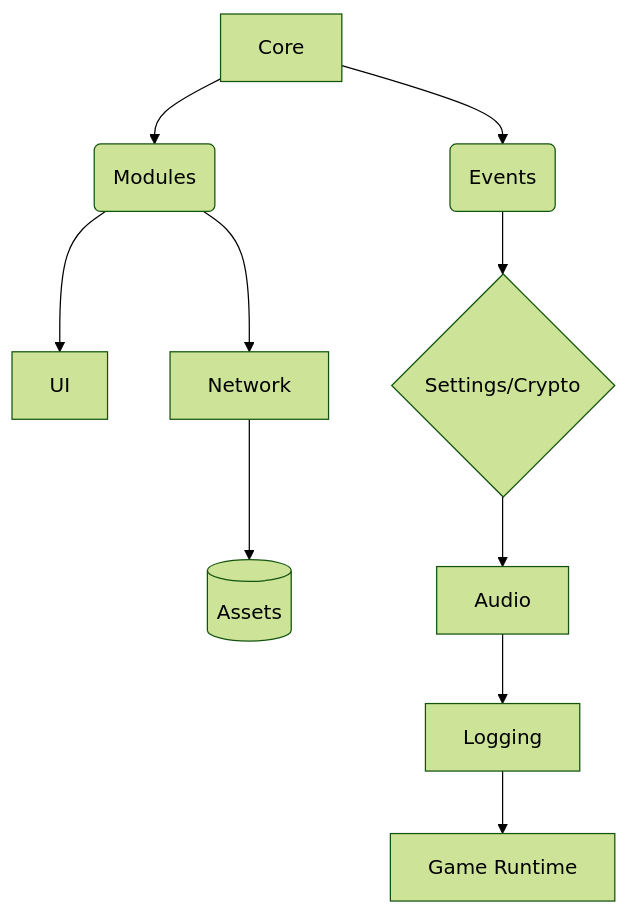
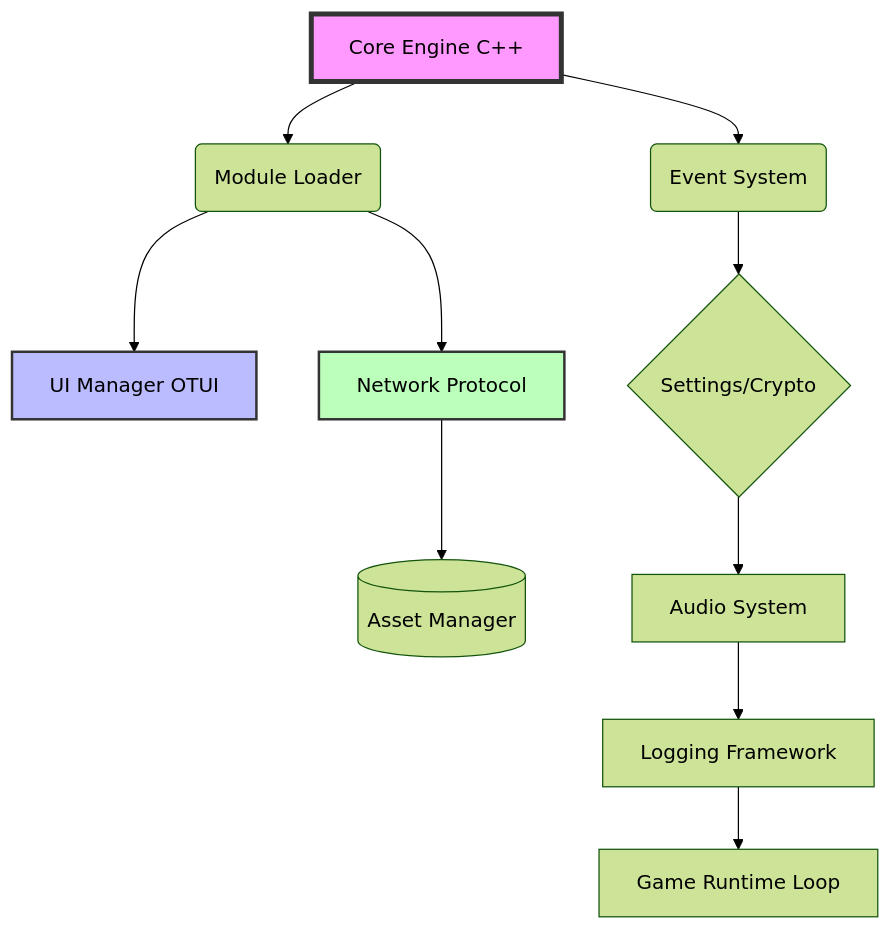
One commit to lukaszj321/otcv8-dev changed the first of 6 diagrams in docs/examples/diagrams.md. Above: the diagram before and after it, drawn with Mermaid (forest theme). The commit also changed other lines of this file and 7 other files, not shown here.

````diff
--- a/docs/examples/diagrams.md
+++ b/docs/examples/diagrams.md
@@ -3,12 +11,16 @@
 ```{mermaid}
 flowchart TD
-  A[Core] --> B(Events)
-  A --> C(Modules)
-  C --> D[UI]
-  C --> E[Network]
-  E --> F[(Assets)]
+  A[Core Engine C++] --> B(Event System)
+  A --> C(Module Loader)
+  C --> D[UI Manager OTUI]
+  C --> E[Network Protocol]
+  E --> F[(Asset Manager)]
   B --> G{Settings/Crypto}
-  G --> H[Audio]
-  H --> I[Logging]
-  I --> J[Game Runtime]
+  G --> H[Audio System]
+  H --> I[Logging Framework]
+  I --> J[Game Runtime Loop]
+  
+  style A fill:#f9f,stroke:#333,stroke-width:4px
+  style D fill:#bbf,stroke:#333,stroke-width:2px
+  style E fill:#bfb,stroke:#333,stroke-width:2px
 ```
````
